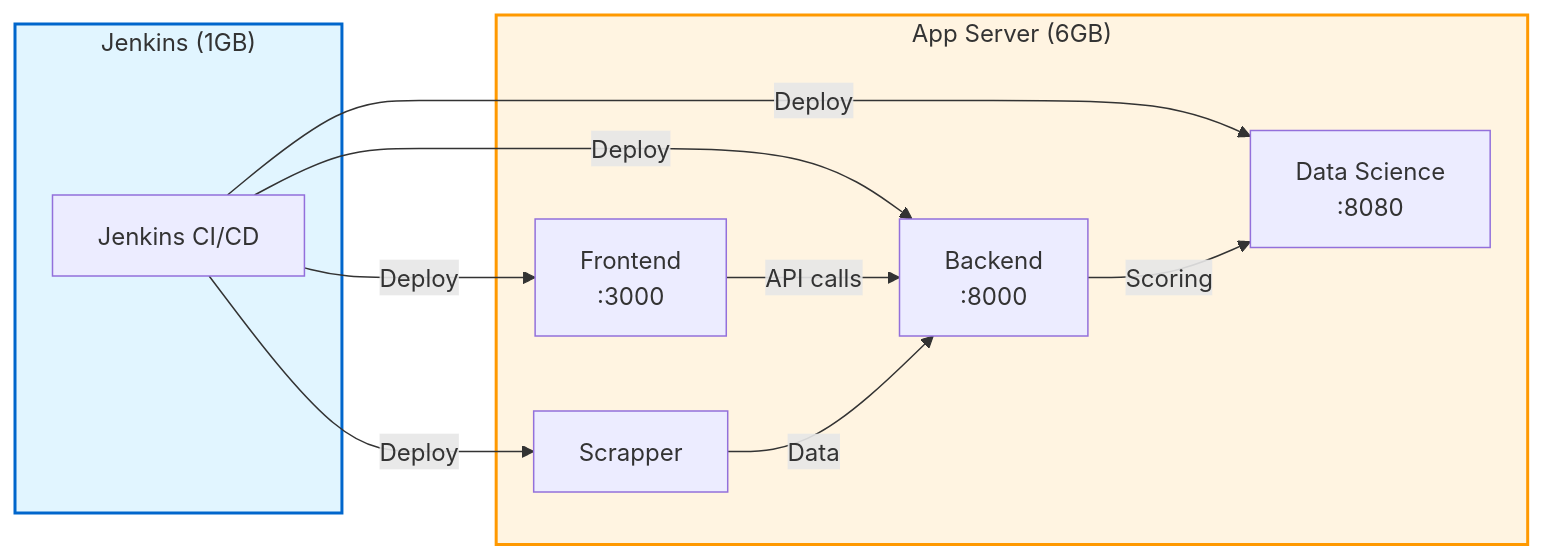
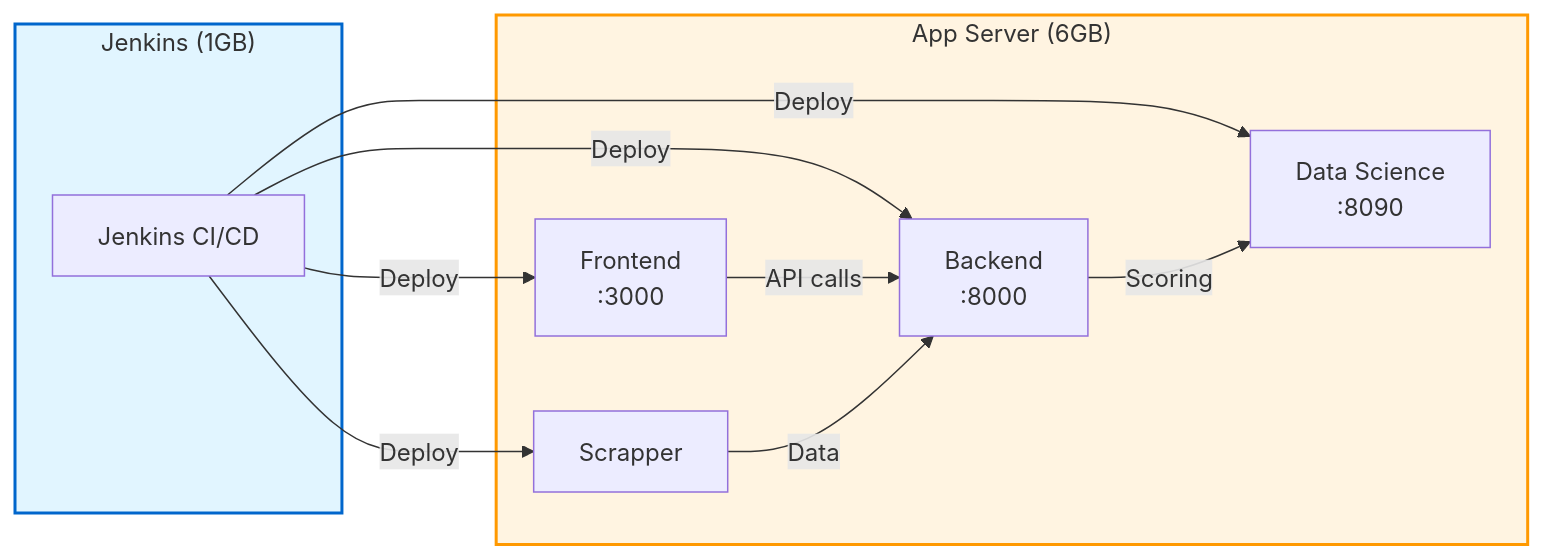
Before and after one commit to No-Country-simulation/S02-26-Equipo-48--EquineLead: the ninth of 9 diagrams in infrastructure/terraform/docs/Gestión de Infraestructura - Terraform.md, drawn with Mermaid. The commit also changed other lines of this file and 24 other files, not shown here.

First line of the commit message:
feat(data-science): flatten structure, polish documentation, and align API v1.0

````diff
--- a/infrastructure/terraform/docs/Gestión de Infraestructura - Terraform.md
+++ b/infrastructure/terraform/docs/Gestión de Infraestructura - Terraform.md
@@ -1048,25 +1049,25 @@
 ```mermaid
 graph LR
     subgraph Jenkins["Jenkins (1GB)"]
         J["Jenkins CI/CD"]
     end
     
     subgraph AppServer["App Server (6GB)"]
         FE["Frontend<br/>:3000"]
         BE["Backend<br/>:8000"]
-        DS["Data Science<br/>:8080"]
+        DS["Data Science<br/>:8090"]
         SC["Scrapper"]
     end
     
     J -->|Deploy| FE
     J -->|Deploy| BE
     J -->|Deploy| DS
     J -->|Deploy| SC
     
     FE -->|API calls| BE
     BE -->|Scoring| DS
     SC -->|Data| BE
     
     style Jenkins fill:#e1f5ff,stroke:#0066cc,stroke-width:2px
     style AppServer fill:#fff4e1,stroke:#ff9900,stroke-width:2px
 ```
````
